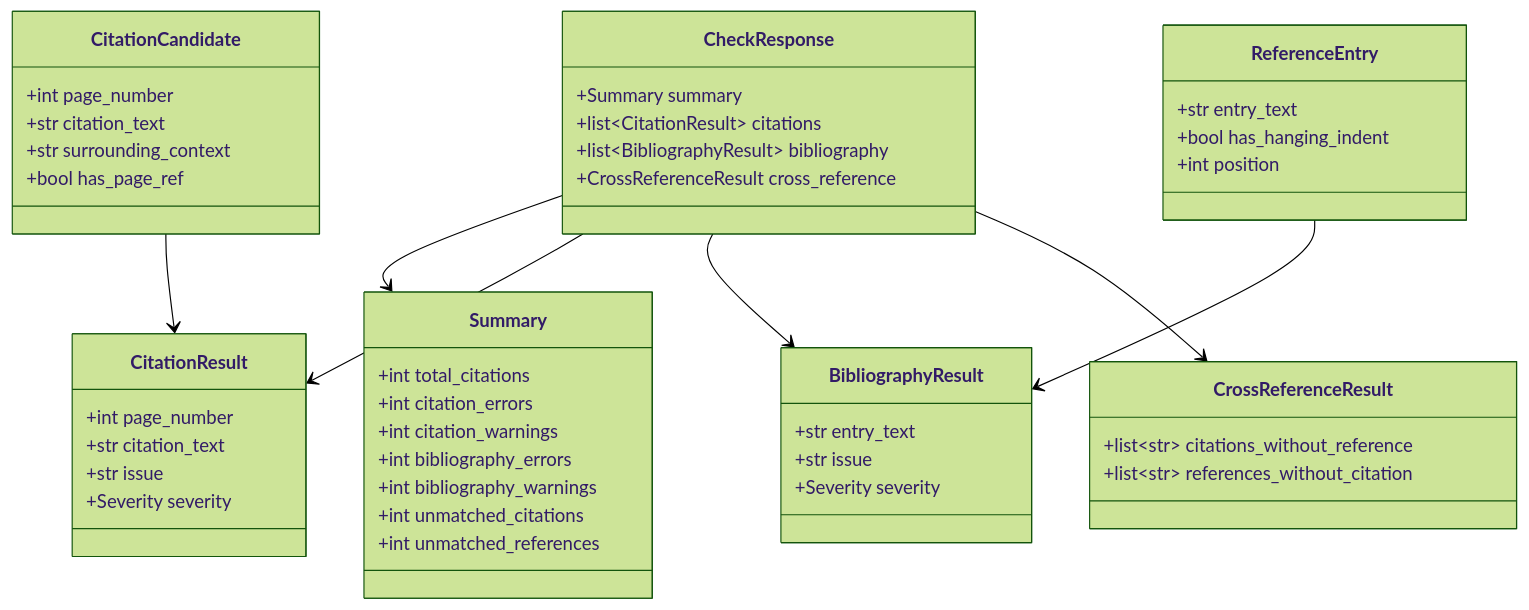
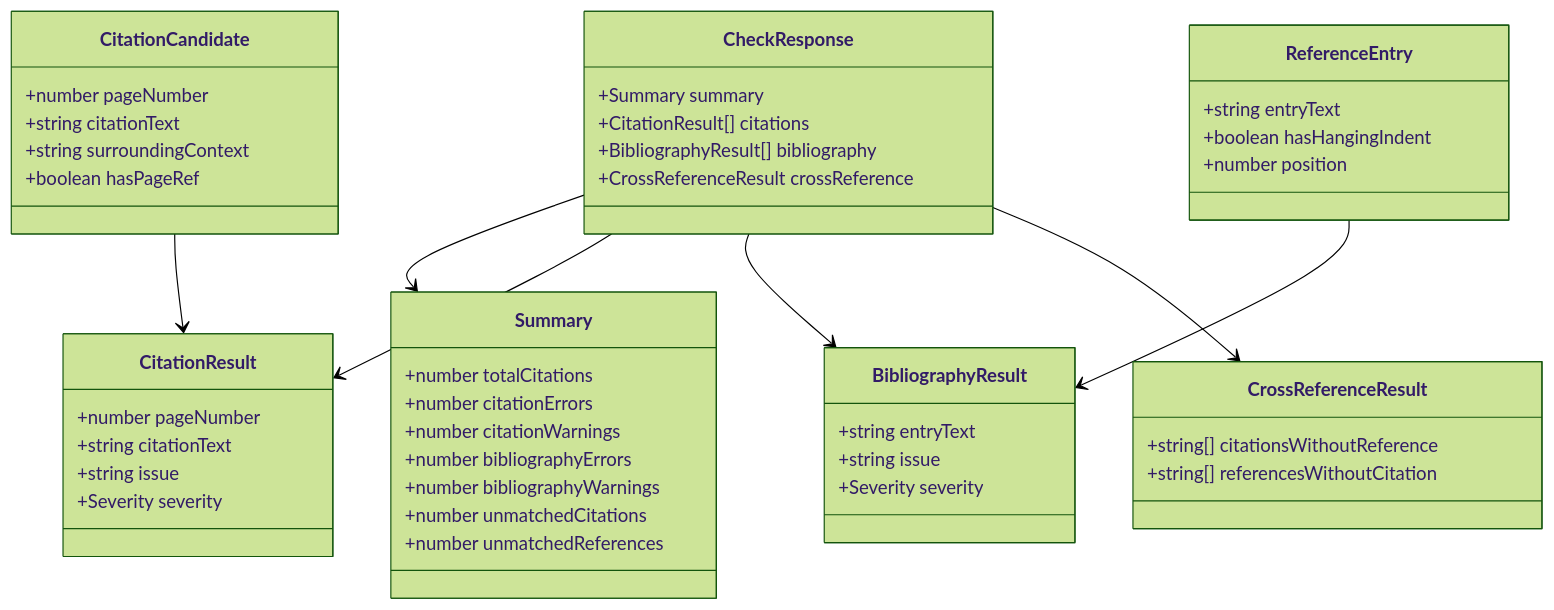
The fourth of 7 diagrams in SYSTEM_ARCHITECTURE.md (liftyourgame/apa7checker), drawn with Mermaid (forest theme) before and after one commit. The commit also changed other lines of this file and 2 other files, not shown here.

First line of the commit message:
Switch to TypeScript stack and enforce page numbers on all citations

````diff
--- a/SYSTEM_ARCHITECTURE.md
+++ b/SYSTEM_ARCHITECTURE.md
@@ -109,57 +109,57 @@
 ```mermaid
 classDiagram
     class CitationCandidate {
-        +int page_number
-        +str citation_text
-        +str surrounding_context
-        +bool has_page_ref
+        +number pageNumber
+        +string citationText
+        +string surroundingContext
+        +boolean hasPageRef
     }
 
     class CitationResult {
-        +int page_number
-        +str citation_text
-        +str issue
+        +number pageNumber
+        +string citationText
+        +string issue
         +Severity severity
     }
 
     class ReferenceEntry {
-        +str entry_text
-        +bool has_hanging_indent
-        +int position
+        +string entryText
+        +boolean hasHangingIndent
+        +number position
     }
 
     class BibliographyResult {
-        +str entry_text
-        +str issue
+        +string entryText
+        +string issue
         +Severity severity
     }
 
     class CrossReferenceResult {
-        +list~str~ citations_without_reference
-        +list~str~ references_without_citation
+        +string[] citationsWithoutReference
+        +string[] referencesWithoutCitation
     }
 
     class Summary {
-        +int total_citations
-        +int citation_errors
-        +int citation_warnings
-        +int bibliography_errors
-        +int bibliography_warnings
-        +int unmatched_citations
-        +int unmatched_references
+        +number totalCitations
+        +number citationErrors
+        +number citationWarnings
+        +number bibliographyErrors
+        +number bibliographyWarnings
+        +number unmatchedCitations
+        +number unmatchedReferences
     }
 
     class CheckResponse {
         +Summary summary
-        +list~CitationResult~ citations
-        +list~BibliographyResult~ bibliography
-        +CrossReferenceResult cross_reference
+        +CitationResult[] citations
+        +BibliographyResult[] bibliography
+        +CrossReferenceResult crossReference
     }
 
     CheckResponse --> Summary
     CheckResponse --> CitationResult
     CheckResponse --> BibliographyResult
     CheckResponse --> CrossReferenceResult
     CitationCandidate --> CitationResult
     ReferenceEntry --> BibliographyResult
 ```
````
